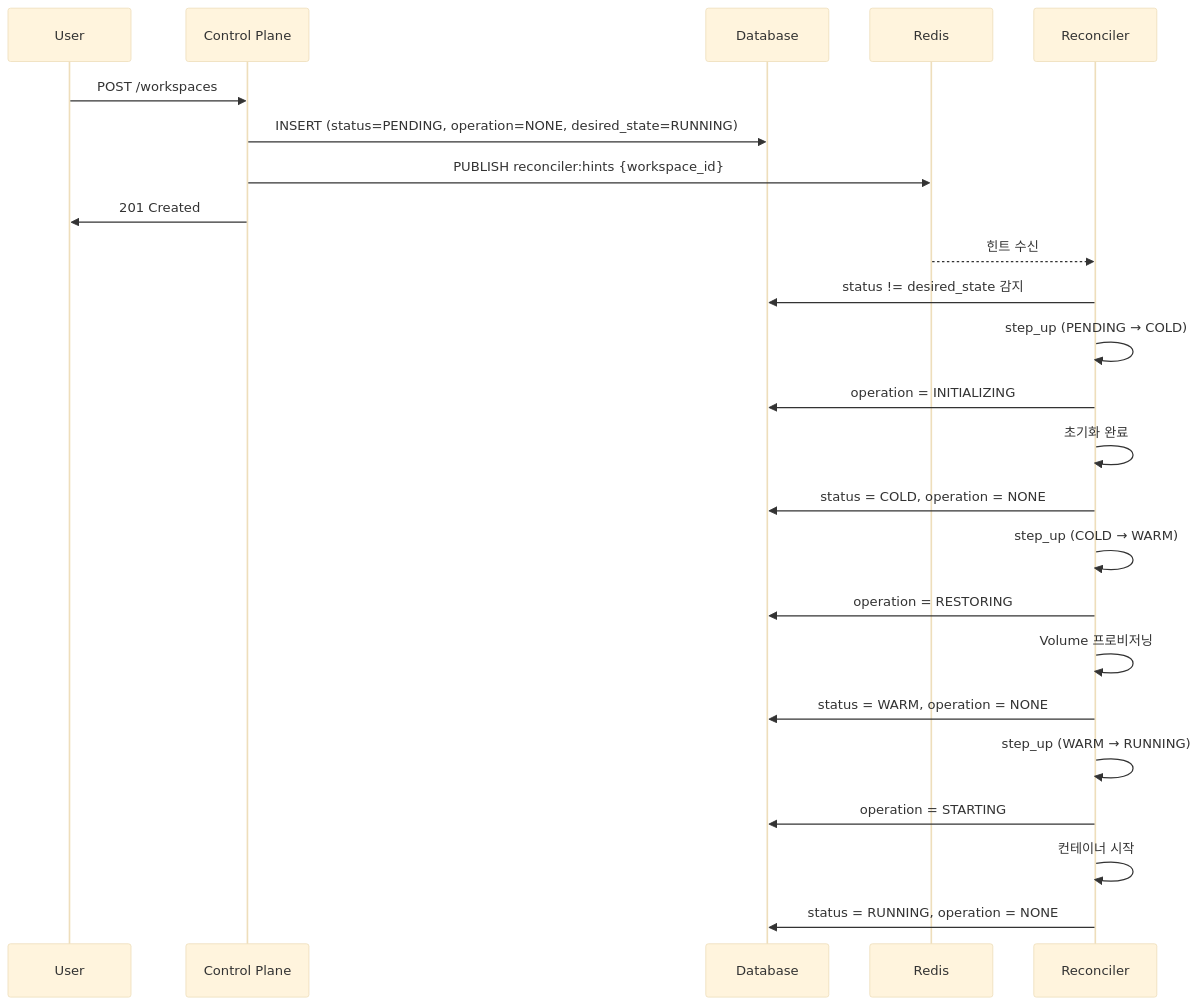
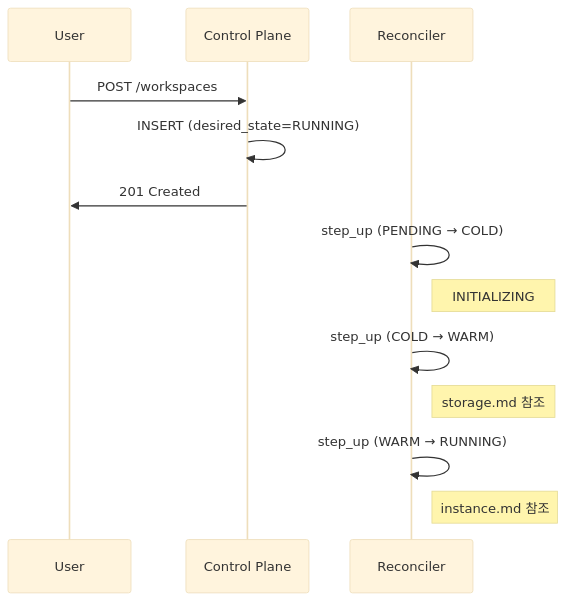
One commit to cagojeiger/code-hub changed the first of 9 diagrams in docs/spec_v2/flows.md. Above: the diagram before and after it, drawn with Mermaid (base theme). The commit also changed other lines of this file and 6 other files, not shown here.

First line of the commit message:
docs(spec_v2): refactor into layered architecture

````diff
--- a/docs/spec_v2/flows.md
+++ b/docs/spec_v2/flows.md
@@ -17,30 +24,17 @@
 ```mermaid
 sequenceDiagram
     participant U as User
     participant API as Control Plane
-    participant DB as Database
-    participant Redis as Redis
     participant R as Reconciler
 
     U->>API: POST /workspaces
-    API->>DB: INSERT (status=PENDING, operation=NONE, desired_state=RUNNING)
-    API->>Redis: PUBLISH reconciler:hints {workspace_id}
+    API->>API: INSERT (desired_state=RUNNING)
     API->>U: 201 Created
 
-    Redis-->>R: 힌트 수신
-    R->>DB: status != desired_state 감지
     R->>R: step_up (PENDING → COLD)
-    R->>DB: operation = INITIALIZING
-    R->>R: 초기화 완료
-    R->>DB: status = COLD, operation = NONE
-
+    Note right of R: INITIALIZING
     R->>R: step_up (COLD → WARM)
-    R->>DB: operation = RESTORING
-    R->>R: Volume 프로비저닝
-    R->>DB: status = WARM, operation = NONE
-
+    Note right of R: storage.md 참조
     R->>R: step_up (WARM → RUNNING)
-    R->>DB: operation = STARTING
-    R->>R: 컨테이너 시작
-    R->>DB: status = RUNNING, operation = NONE
+    Note right of R: instance.md 참조
 ```
````
